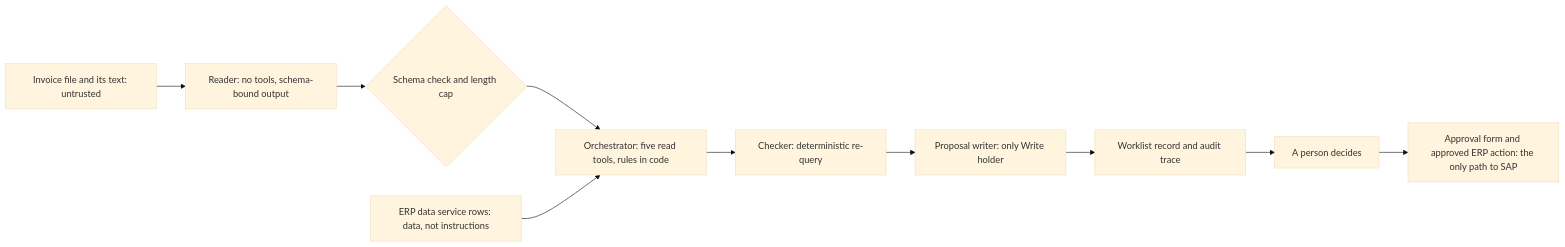
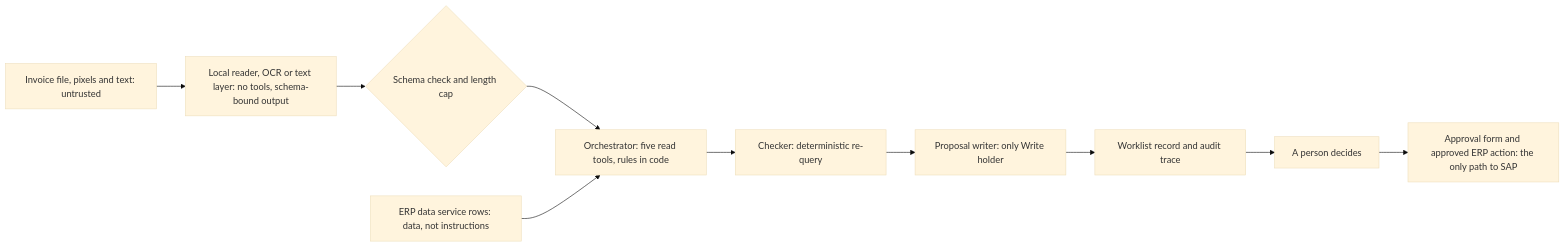
The diagram in docs/06-threat-model.md (BTECHK/invoice-term-agent), drawn with Mermaid (base theme) before and after one commit. The commit also changed other lines of this file and 36 other files, not shown here.

````diff
--- a/docs/06-threat-model.md
+++ b/docs/06-threat-model.md
@@ -21,12 +21,12 @@
 ```mermaid
 flowchart LR
-  I["Invoice file and its text: untrusted"] --> R["Reader: no tools, schema-bound output"]
+  I["Invoice file, pixels and text: untrusted"] --> R["Local reader, OCR or text layer: no tools, schema-bound output"]
   R --> V{"Schema check and length cap"}
   V --> O["Orchestrator: five read tools, rules in code"]
   C["ERP data service rows: data, not instructions"] --> O
   O --> K["Checker: deterministic re-query"]
   K --> W["Proposal writer: only Write holder"]
   W --> P["Worklist record and audit trace"]
   P --> H["A person decides"]
   H --> E["Approval form and approved ERP action: the only path to SAP"]
 ```
````
